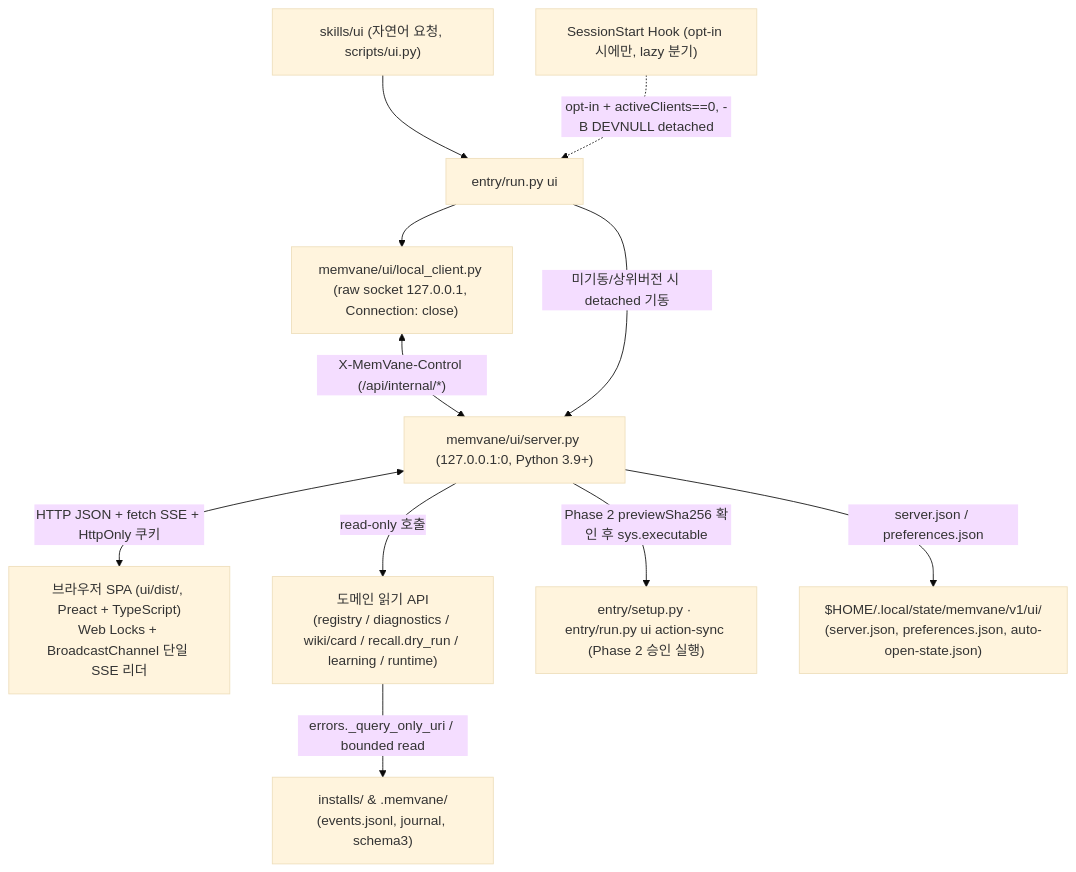
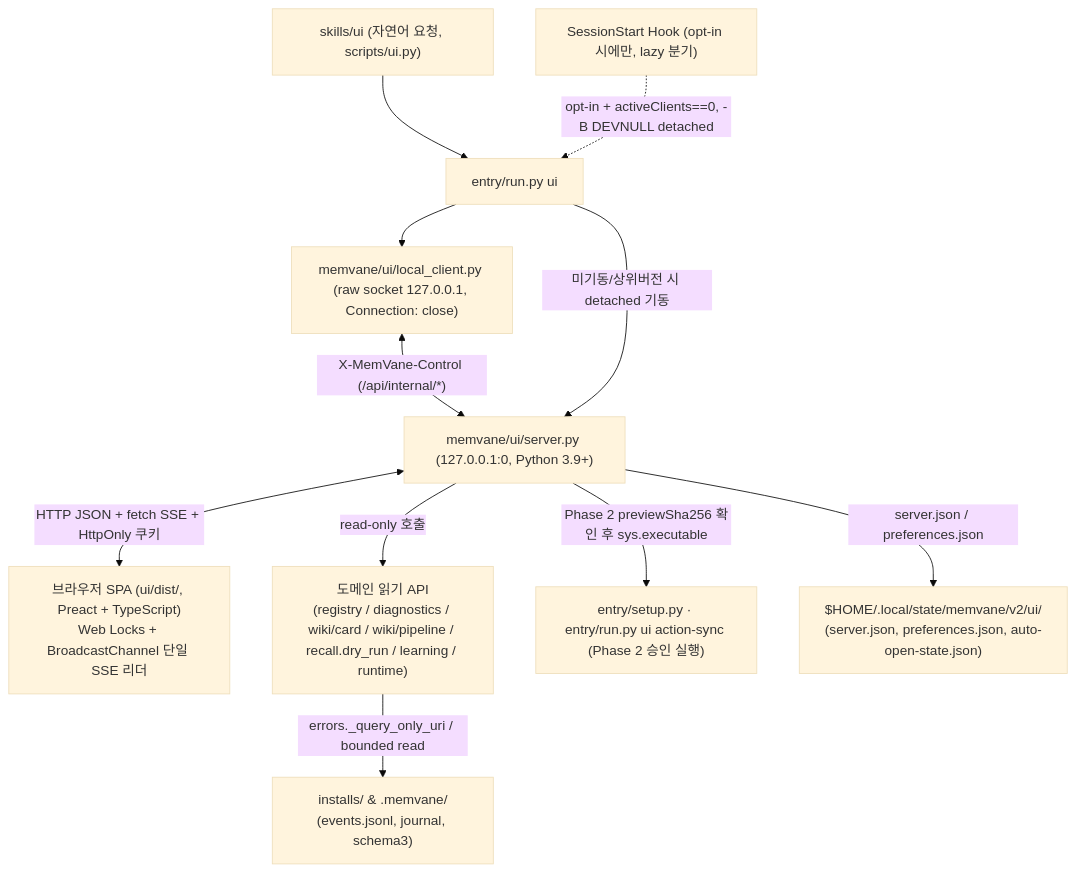
The diagram in docs/design-local-web-ui.md (zbdulee/memvane), drawn with Mermaid (base theme) before and after one commit. The commit also changed other lines of this file and 4 other files, not shown here.

````diff
--- a/docs/design-local-web-ui.md
+++ b/docs/design-local-web-ui.md
@@ -119,24 +119,24 @@
 ```mermaid
 flowchart TD
     Browser["브라우저 SPA (ui/dist/, Preact + TypeScript)<br/>Web Locks + BroadcastChannel 단일 SSE 리더"]
     Skill["skills/ui (자연어 요청, scripts/ui.py)"]
     Hook["SessionStart Hook (opt-in 시에만, lazy 분기)"]
     Entry["entry/run.py ui"]
     LocalClient["memvane/ui/local_client.py (raw socket 127.0.0.1, Connection: close)"]
     UIServer["memvane/ui/server.py (127.0.0.1:0, Python 3.9+)"]
-    ReadAPI["도메인 읽기 API<br/>(registry / diagnostics / wiki/card / recall.dry_run / learning / runtime)"]
+    ReadAPI["도메인 읽기 API<br/>(registry / diagnostics / wiki/card / wiki/pipeline / recall.dry_run / learning / runtime)"]
     WriteEntry["entry/setup.py · entry/run.py ui action-sync (Phase 2 승인 실행)"]
-    StateUI["$HOME/.local/state/memvane/v1/ui/<br/>(server.json, preferences.json, auto-open-state.json)"]
+    StateUI["$HOME/.local/state/memvane/v2/ui/<br/>(server.json, preferences.json, auto-open-state.json)"]
     StateData["installs/<id> & .memvane/<br/>(events.jsonl, journal, schema3)"]
 
     Skill --> Entry
     Hook -. "opt-in + activeClients==0, -B DEVNULL detached" .-> Entry
     Entry --> LocalClient
     LocalClient <-->|"X-MemVane-Control (/api/internal/*)"| UIServer
     Entry -->|"미기동/상위버전 시 detached 기동"| UIServer
     UIServer <-->|"HTTP JSON + fetch SSE + HttpOnly 쿠키"| Browser
     UIServer -->|"server.json / preferences.json"| StateUI
     UIServer -->|"read-only 호출"| ReadAPI
     ReadAPI -->|"errors._query_only_uri / bounded read"| StateData
     UIServer -->|"Phase 2 previewSha256 확인 후 sys.executable"| WriteEntry
 ```
````
